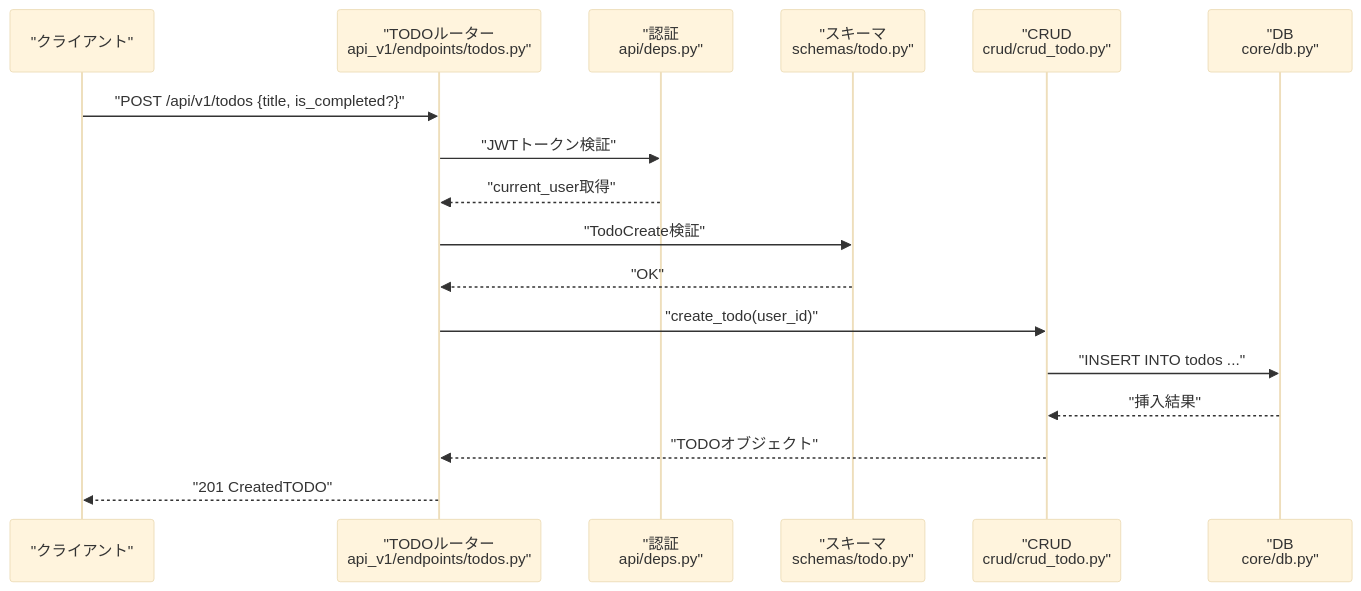
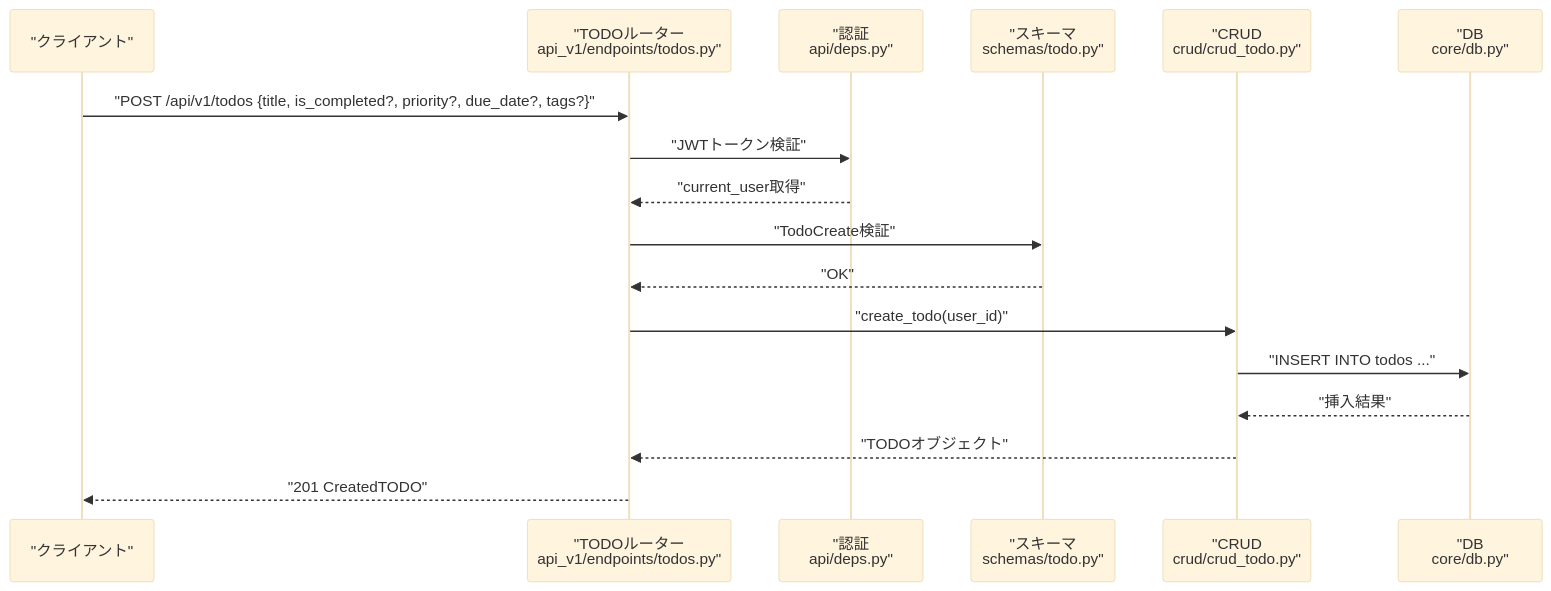
One commit to ss8806/Todos changed the fourth of 7 diagrams in .qoder/repowiki/ja/content/APIリファレンス/TODO管理API.md. Above: the diagram before and after it, drawn with Mermaid (base theme). The commit also changed other lines of this file and 5 other files, not shown here.

First line of the commit message:
📐 Architecture Diagram詳細化

````diff
--- a/.qoder/repowiki/ja/content/APIリファレンス/TODO管理API.md
+++ b/.qoder/repowiki/ja/content/APIリファレンス/TODO管理API.md
@@ -298,19 +308,19 @@
 ```mermaid
 sequenceDiagram
 participant C as "クライアント"
 participant R as "TODOルーター<br/>api_v1/endpoints/todos.py"
 participant A as "認証<br/>api/deps.py"
 participant V as "スキーマ<br/>schemas/todo.py"
 participant U as "CRUD<br/>crud/crud_todo.py"
 participant D as "DB<br/>core/db.py"
-C->>R : "POST /api/v1/todos {title, is_completed?}"
+C->>R : "POST /api/v1/todos {title, is_completed?, priority?, due_date?, tags?}"
 R->>A : "JWTトークン検証"
 A-->>R : "current_user取得"
 R->>V : "TodoCreate検証"
 V-->>R : "OK"
 R->>U : "create_todo(user_id)"
 U->>D : "INSERT INTO todos ..."
 D-->>U : "挿入結果"
 U-->>R : "TODOオブジェクト"
 R-->>C : "201 CreatedTODO"
 ```
````
